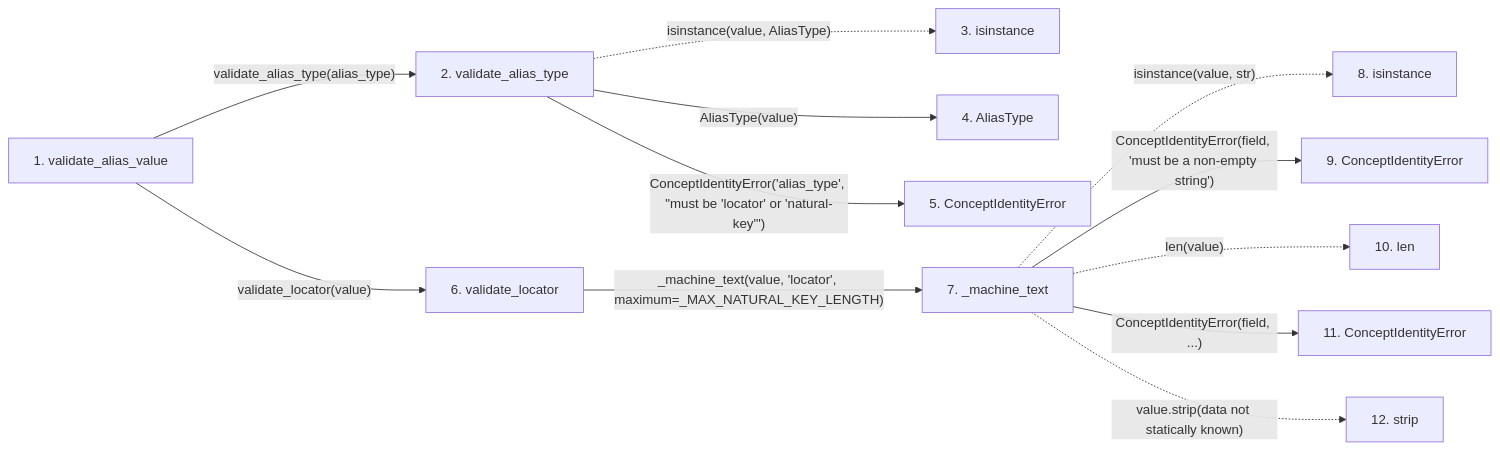
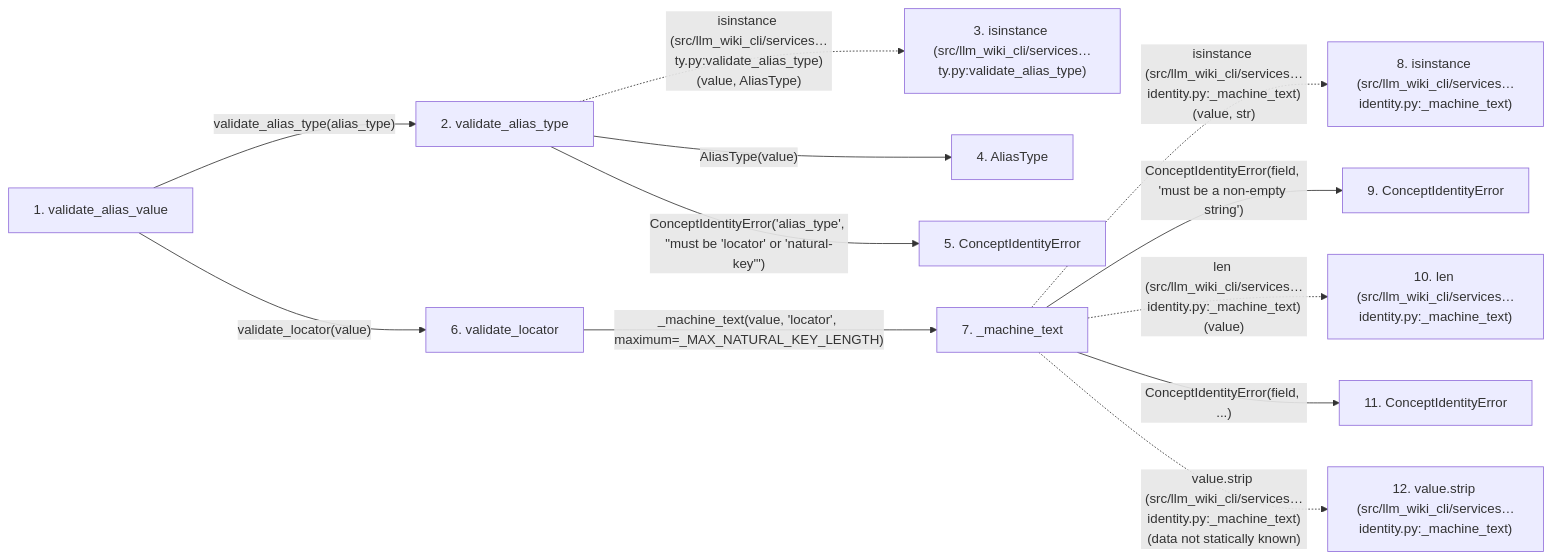
One commit to Denissvgn/python-wiki-llm changed the second of 2 diagrams in docs/llm_wiki/flows/api-validate_alias_value.md. Above: the diagram before and after it, drawn with Mermaid. The commit also changed other lines of this file and 719 other files, not shown here.

````diff
--- a/docs/llm_wiki/flows/api-validate_alias_value.md
+++ b/docs/llm_wiki/flows/api-validate_alias_value.md
@@ -71,34 +75,34 @@
 ```mermaid
 flowchart LR
     s1["1. validate_alias_value"]
     s2["2. validate_alias_type"]
-    s3["3. isinstance"]
+    s3["3. isinstance (src/llm_wiki_cli/services…ty.py:validate_alias_type)"]
     s4["4. AliasType"]
     s5["5. ConceptIdentityError"]
     s6["6. validate_locator"]
     s7["7. _machine_text"]
-    s8["8. isinstance"]
+    s8["8. isinstance (src/llm_wiki_cli/services…identity.py:_machine_text)"]
     s9["9. ConceptIdentityError"]
-    s10["10. len"]
+    s10["10. len (src/llm_wiki_cli/services…identity.py:_machine_text)"]
     s11["11. ConceptIdentityError"]
-    s12["12. strip"]
+    s12["12. value.strip (src/llm_wiki_cli/services…identity.py:_machine_text)"]
     s1 -->|"validate_alias_type(alias_type)"| s2
-    s2 -. "isinstance(value, AliasType)" .-> s3
+    s2 -. "isinstance (src/llm_wiki_cli/services…ty.py:validate_alias_type)(value, AliasType)" .-> s3
     s2 -->|"AliasType(value)"| s4
     s2 -->|"ConceptIdentityError('alias_type', #34;must be 'locator' or 'natural-key'#34;)"| s5
     s1 -->|"validate_locator(value)"| s6
     s6 -->|"_machine_text(value, 'locator', maximum=_MAX_NATURAL_KEY_LENGTH)"| s7
-    s7 -. "isinstance(value, str)" .-> s8
+    s7 -. "isinstance (src/llm_wiki_cli/services…identity.py:_machine_text)(value, str)" .-> s8
     s7 -->|"ConceptIdentityError(field, 'must be a non-empty string')"| s9
-    s7 -. "len(value)" .-> s10
+    s7 -. "len (src/llm_wiki_cli/services…identity.py:_machine_text)(value)" .-> s10
     s7 -->|"ConceptIdentityError(field, ...)"| s11
-    s7 -. "value.strip(data not statically known)" .-> s12
+    s7 -. "value.strip (src/llm_wiki_cli/services…identity.py:_machine_text)(data not statically known)" .-> s12
     click s1 "../modules/concept_identity.md"
     click s2 "../modules/concept_identity.md"
     click s4 "../modules/concept_identity.md"
     click s5 "../modules/concept_identity.md"
     click s6 "../modules/concept_identity.md"
     click s7 "../modules/concept_identity.md"
     click s9 "../modules/concept_identity.md"
     click s11 "../modules/concept_identity.md"
 ```
````
